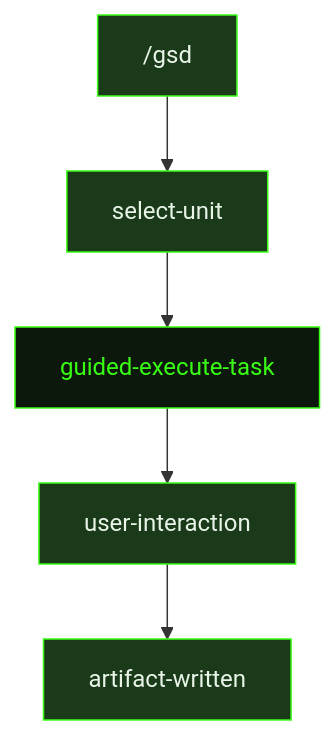
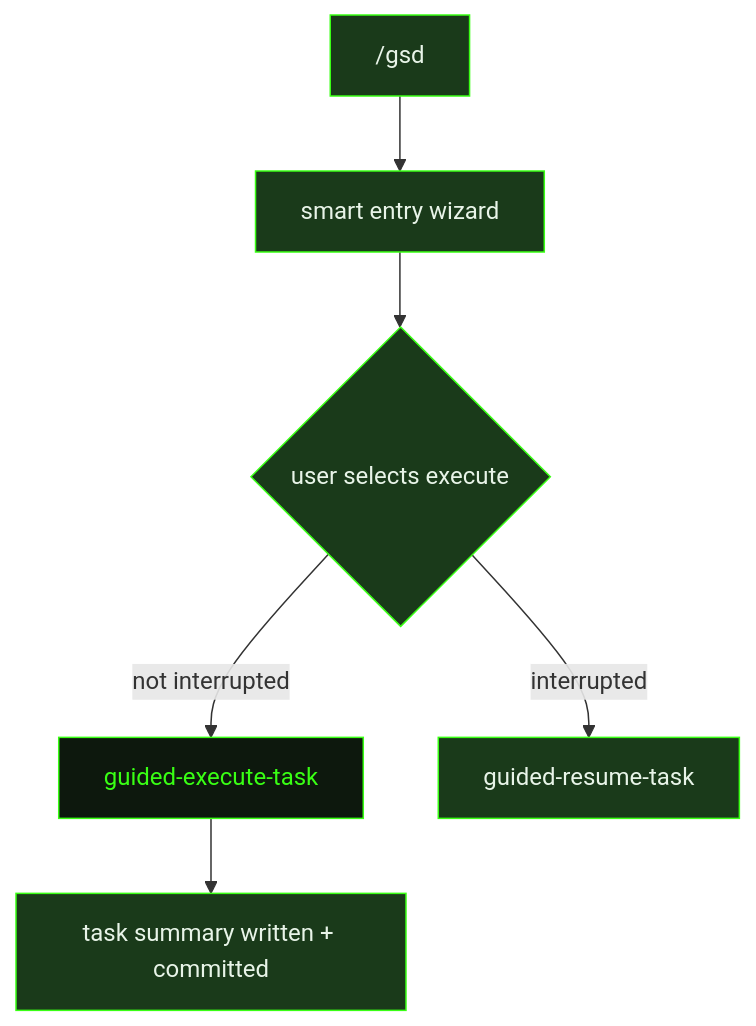
Before and after one commit to shusha-group/gsd2-guide: the diagram in src/content/docs/prompts/guided-execute-task.mdx, drawn with Mermaid. The commit also changed other lines of this file and 79 other files, not shown here.

````diff
--- a/src/content/docs/prompts/guided-execute-task.mdx
+++ b/src/content/docs/prompts/guided-execute-task.mdx
@@ -14,13 +18,15 @@
 ```mermaid
 flowchart TD
-    GsdCommand["/gsd"] --> SelectUnit["select-unit"]
-    SelectUnit --> GuidedExecuteTask["guided-execute-task"]
-    GuidedExecuteTask --> UserInteraction["user-interaction"]
-    UserInteraction --> ArtifactWritten["artifact-written"]
+    GsdCommand["/gsd"] --> SmartEntry["smart entry wizard"]
+    SmartEntry --> UserChoice{"user selects execute"}
+    UserChoice -->|"not interrupted"| GuidedExecuteTask["guided-execute-task"]
+    UserChoice -->|"interrupted"| GuidedResumeTask["guided-resume-task"]
+    GuidedExecuteTask --> ArtifactWritten["task summary written + committed"]
 
     style GuidedExecuteTask fill:#0d180d,stroke:#39ff14,color:#39ff14
     style GsdCommand fill:#1a3a1a,stroke:#39ff14,color:#e8f4e8
-    style SelectUnit fill:#1a3a1a,stroke:#39ff14,color:#e8f4e8
-    style UserInteraction fill:#1a3a1a,stroke:#39ff14,color:#e8f4e8
+    style SmartEntry fill:#1a3a1a,stroke:#39ff14,color:#e8f4e8
+    style UserChoice fill:#1a3a1a,stroke:#39ff14,color:#e8f4e8
+    style GuidedResumeTask fill:#1a3a1a,stroke:#39ff14,color:#e8f4e8
     style ArtifactWritten fill:#1a3a1a,stroke:#39ff14,color:#e8f4e8
 ```
````
